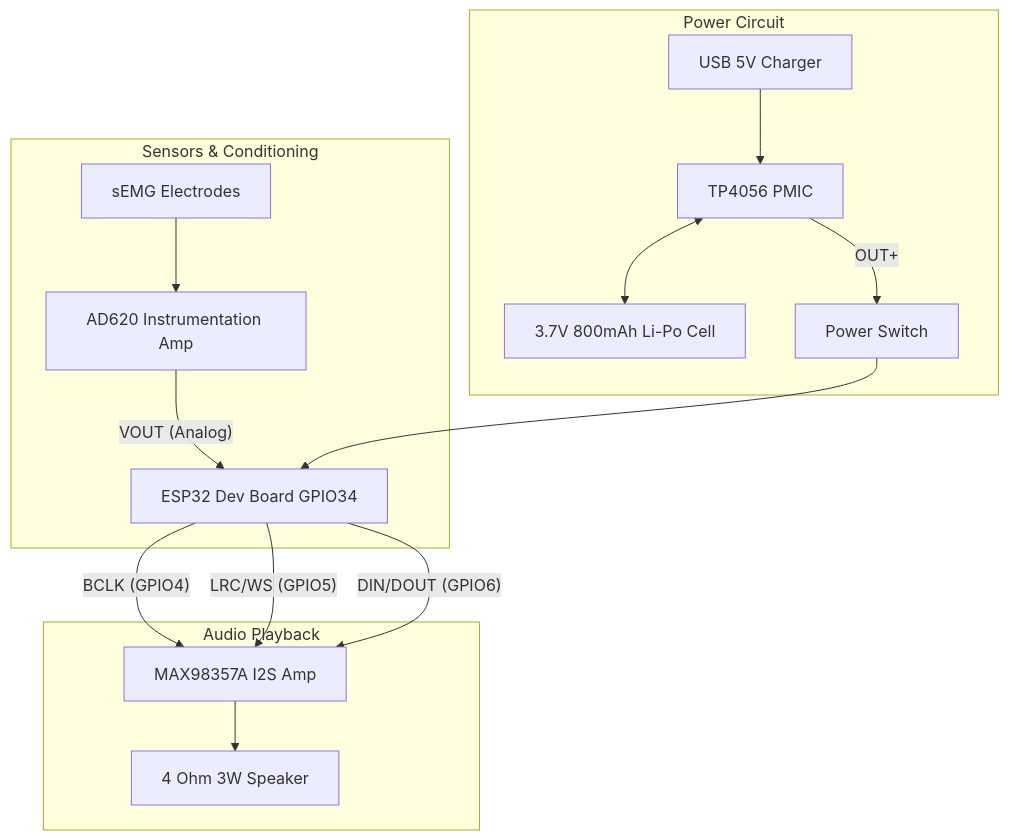
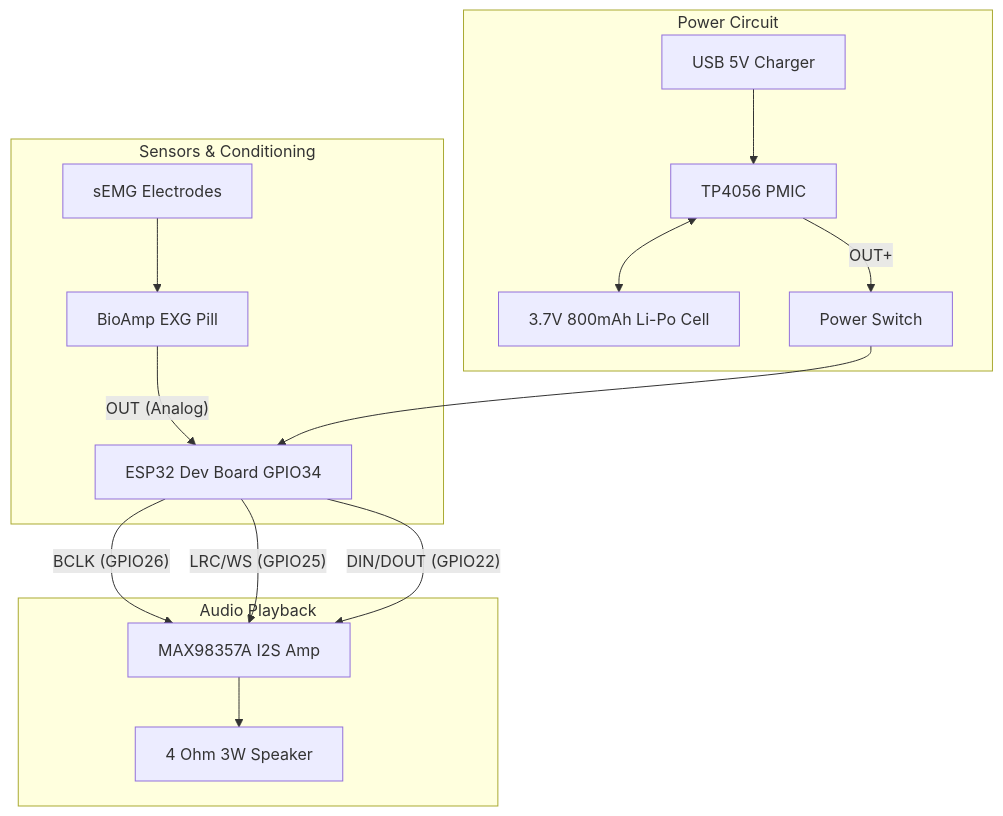
Before and after one commit to srividya1004/voiceback: the diagram in docs/HARDWARE.md, drawn with Mermaid. The commit also changed other lines of this file and 65 other files, not shown here.

````diff
--- a/docs/HARDWARE.md
+++ b/docs/HARDWARE.md
@@ -46,20 +41,20 @@
 ```mermaid
 graph TD
     subgraph Sensors & Conditioning
-        E1[sEMG Electrodes] --> E2[AD620 Instrumentation Amp]
-        E2 -- VOUT (Analog) --> MCU[ESP32 Dev Board GPIO34]
+        E1[sEMG Electrodes] --> E2[BioAmp EXG Pill]
+        E2 -- OUT (Analog) --> MCU[ESP32 Dev Board GPIO34]
     end
 
     subgraph Audio Playback
-        MCU -- BCLK (GPIO4) --> AMP[MAX98357A I2S Amp]
-        MCU -- LRC/WS (GPIO5) --> AMP
-        MCU -- DIN/DOUT (GPIO6) --> AMP
+        MCU -- BCLK (GPIO26) --> AMP[MAX98357A I2S Amp]
+        MCU -- LRC/WS (GPIO25) --> AMP
+        MCU -- DIN/DOUT (GPIO22) --> AMP
         AMP --> SPK[4 Ohm 3W Speaker]
     end
 
     subgraph Power Circuit
         USB[USB 5V Charger] --> CHG[TP4056 PMIC]
         CHG <--> BAT[3.7V 800mAh Li-Po Cell]
         CHG -- OUT+ --> SW[Power Switch] --> MCU
     end
 ```
````
